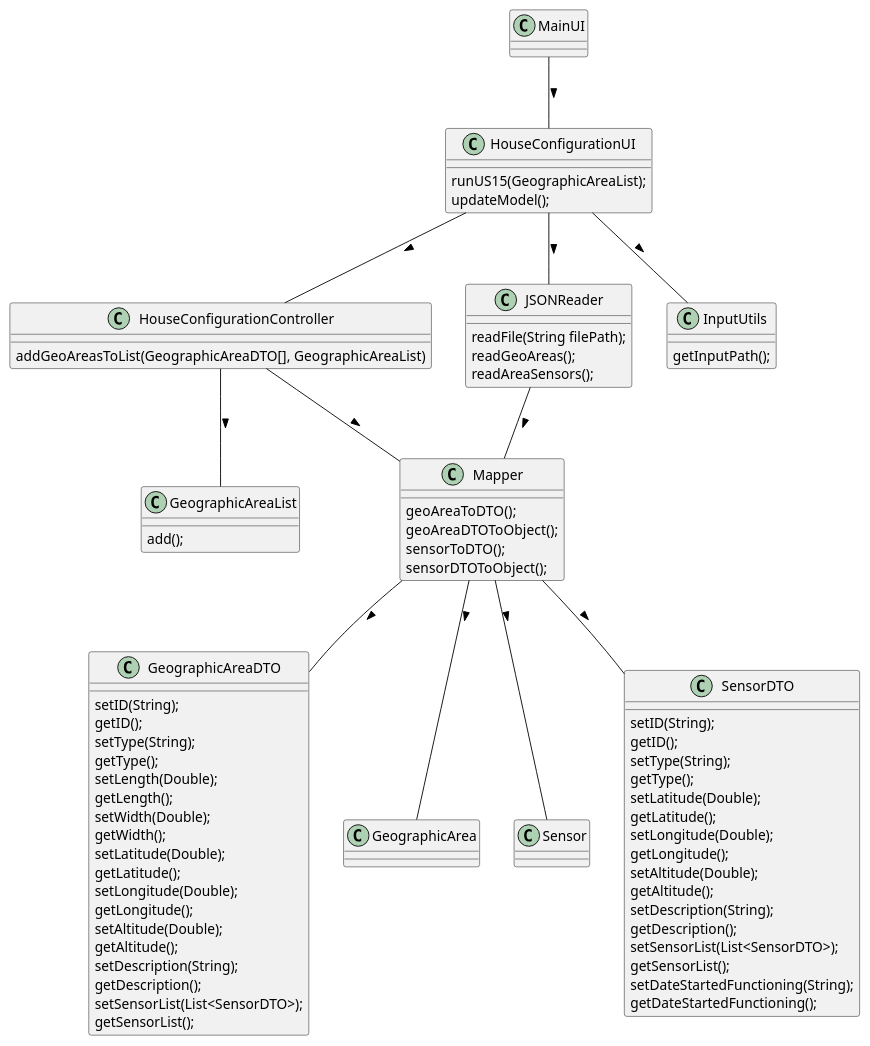
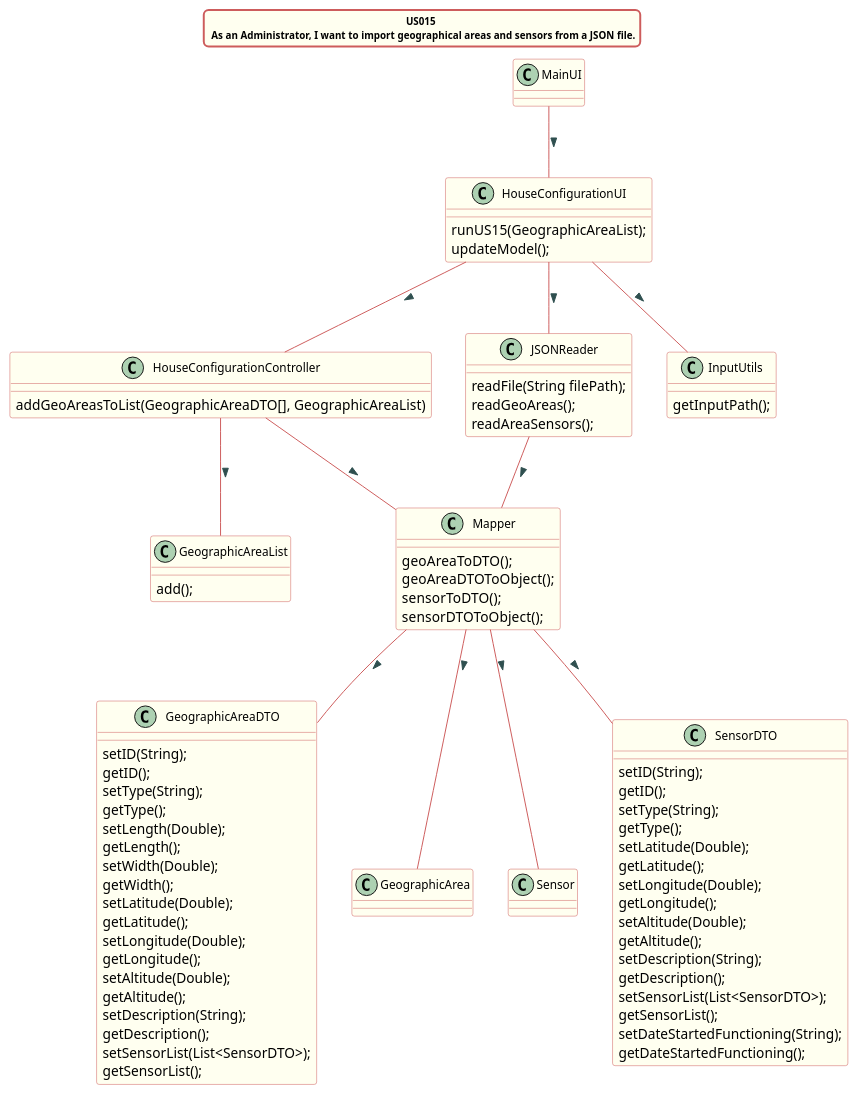
One commit to Almadanmp/project changed the diagram in src/doc/Controllers/HouseConfiguration/US15/US15_cd_HouseConfiguration.puml. Above: the diagram before and after it, drawn with PlantUML. The commit also changed 12 other files, not shown here.

First line of the commit message:
ref #169 UML format update + readinglist and sensor tests added

```diff
--- a/src/doc/Controllers/HouseConfiguration/US15/US15_cd_HouseConfiguration.puml
+++ b/src/doc/Controllers/HouseConfiguration/US15/US15_cd_HouseConfiguration.puml
@@ -1,96 +1,116 @@
 @startuml
+
+title US015 \n As an Administrator, I want to import geographical areas and sensors from a JSON file.
+skinparam titleBorderRoundCorner 10
+skinparam titleBorderThickness 2
+skinparam titleBorderColor indianred
+skinparam titleBackgroundColor ivory
+skinparam FontName verdana
+skinparam titleFontSize 10
+
+
+skinparam class {
+  BorderColor indianred
+  BackgroundColor indianred
+  BackgroundColor ivory
+   roundcorner 10
+   ArrowFontName Verdana
+   ArrowColor indianred
+   ArrowFontColor darkslategrey
+   FontSize 12
+}
 
 class HouseConfigurationController
 class HouseConfigurationUI
 class JSONReader
 class Mapper
 class GeographicAreaDTO
 class GeographicAreaList
 class GeographicArea
 class Sensor
 class InputUtils
 
 MainUI -- HouseConfigurationUI : >
 HouseConfigurationUI -- JSONReader : >
 HouseConfigurationUI -- InputUtils : >
 JSONReader -- Mapper : >
 Mapper -- GeographicAreaDTO : >
 HouseConfigurationUI -- HouseConfigurationController : >
 HouseConfigurationController -- Mapper : >
 Mapper -- GeographicArea : >
 Mapper -- Sensor : >
 HouseConfigurationController -- GeographicAreaList : >
 Mapper -- SensorDTO : >
 
 class HouseConfigurationUI {
 runUS15(GeographicAreaList);
 updateModel();
 }
 
 class JSONReader {
 readFile(String filePath);
 readGeoAreas();
 readAreaSensors();
 }
 
 class HouseConfigurationController {
 addGeoAreasToList(GeographicAreaDTO[], GeographicAreaList)
 }
 
 class Mapper {
 geoAreaToDTO();
 geoAreaDTOToObject();
 sensorToDTO();
 sensorDTOToObject();
 }
 
 class GeographicAreaList{
 add();
 }
 
 class InputUtils{
 getInputPath();
 }
 
 
 class GeographicAreaDTO{
 setID(String);
 getID();
 setType(String);
 getType();
 setLength(Double);
 getLength();
 setWidth(Double);
 getWidth();
 setLatitude(Double);
 getLatitude();
 setLongitude(Double);
 getLongitude();
 setAltitude(Double);
 getAltitude();
 setDescription(String);
 getDescription();
 setSensorList(List<SensorDTO>);
 getSensorList();
 }
 
 class SensorDTO{
 setID(String);
 getID();
 setType(String);
 getType();
 setLatitude(Double);
 getLatitude();
 setLongitude(Double);
 getLongitude();
 setAltitude(Double);
 getAltitude();
 setDescription(String);
 getDescription();
 setSensorList(List<SensorDTO>);
 getSensorList();
 setDateStartedFunctioning(String);
 getDateStartedFunctioning();
 }
 
 @enduml
```
